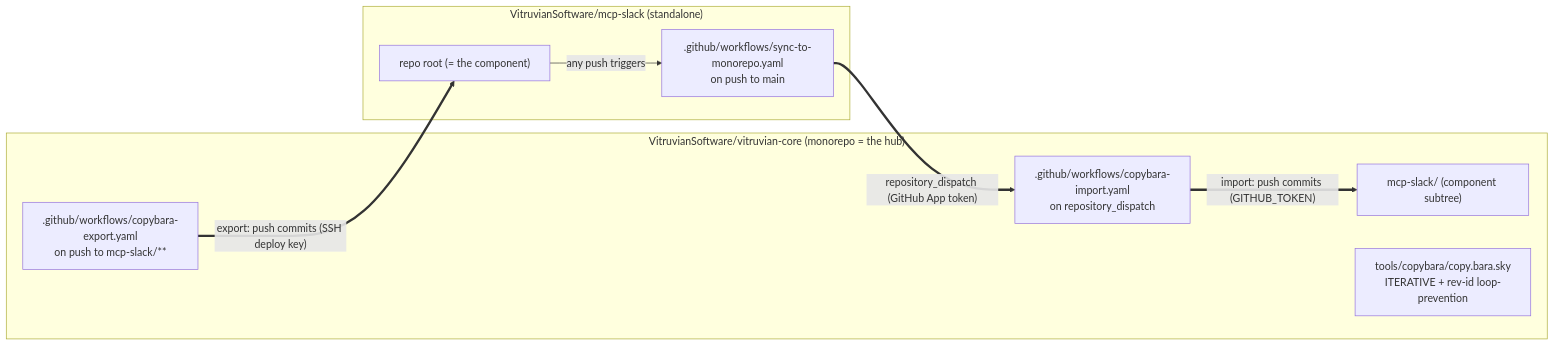
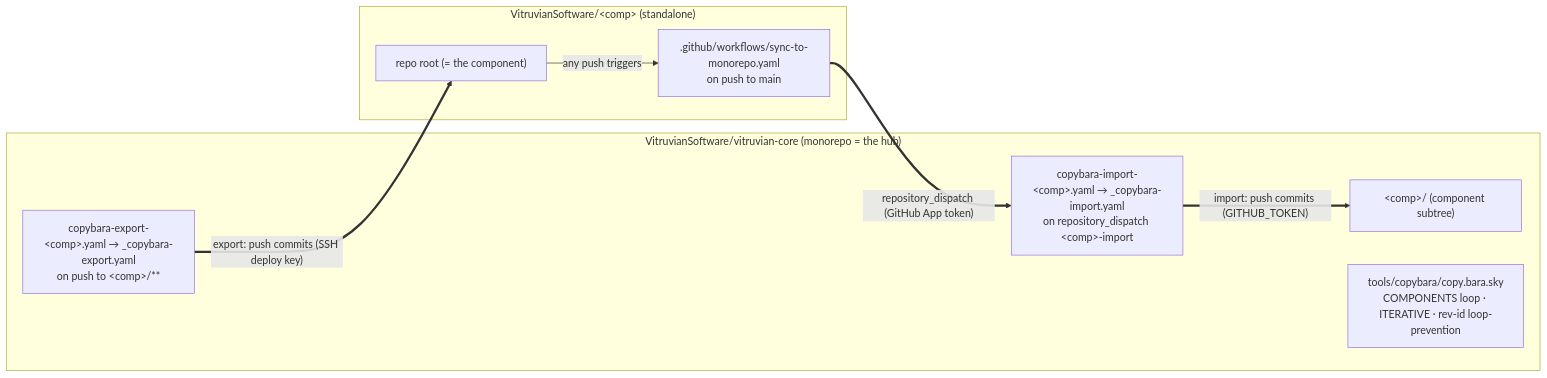
One commit to VitruvianSoftware/vitruvian-core changed the first of 7 diagrams in docs/copybara-bidi-sync.md. Above: the diagram before and after it, drawn with Mermaid. The commit also changed other lines of this file and 1 other file, not shown here.

First line of the commit message:
docs(copybara): update runbook + plan for the 4-component templating

````diff
--- a/docs/copybara-bidi-sync.md
+++ b/docs/copybara-bidi-sync.md
@@ -31,17 +37,17 @@
 ```mermaid
 flowchart LR
     subgraph VC["VitruvianSoftware/vitruvian-core (monorepo = the hub)"]
-        comp["mcp-slack/ &lpar;component subtree&rpar;"]
-        cfg["tools/copybara/copy.bara.sky<br/>ITERATIVE + rev-id loop-prevention"]
-        exp[".github/workflows/copybara-export.yaml<br/>on push to mcp-slack/**"]
-        imp[".github/workflows/copybara-import.yaml<br/>on repository_dispatch"]
+        comp["&lt;comp&gt;/ &lpar;component subtree&rpar;"]
+        cfg["tools/copybara/copy.bara.sky<br/>COMPONENTS loop · ITERATIVE · rev-id loop-prevention"]
+        exp["copybara-export-&lt;comp&gt;.yaml → _copybara-export.yaml<br/>on push to &lt;comp&gt;/**"]
+        imp["copybara-import-&lt;comp&gt;.yaml → _copybara-import.yaml<br/>on repository_dispatch &lt;comp&gt;-import"]
     end
-    subgraph MS["VitruvianSoftware/mcp-slack (standalone)"]
+    subgraph MS["VitruvianSoftware/&lt;comp&gt; (standalone)"]
         root["repo root &lpar;= the component&rpar;"]
         disp[".github/workflows/sync-to-monorepo.yaml<br/>on push to main"]
     end
     exp == "export: push commits (SSH deploy key)" ==> root
     root -- "any push triggers" --> disp
     disp == "repository_dispatch (GitHub App token)" ==> imp
     imp == "import: push commits (GITHUB_TOKEN)" ==> comp
 ```
````
